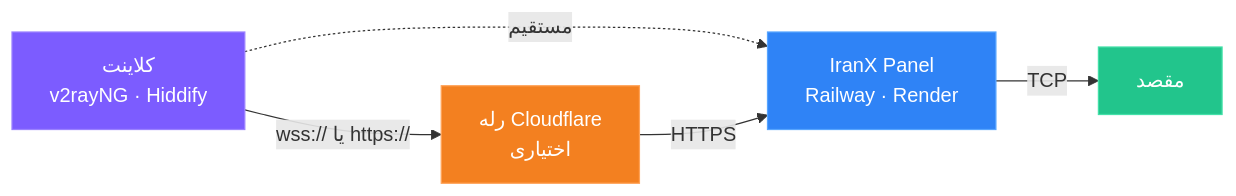
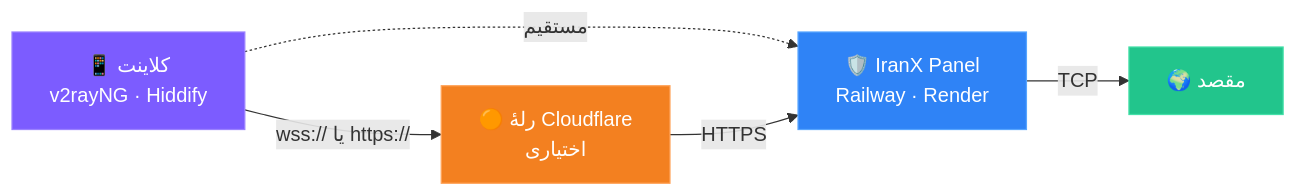
The second of 2 diagrams in README-fa.md (BeeEhsas/IranXPanel), drawn with Mermaid before and after one commit. The commit also changed other lines of this file and 1 other file, not shown here.

````diff
--- a/README-fa.md
+++ b/README-fa.md
@@ -38,17 +120,17 @@
 ```mermaid
 flowchart LR
-    A["کلاینت<br/>v2rayNG · Hiddify"]
-    B["رله Cloudflare<br/>اختیاری"]
-    C["IranX Panel<br/>Railway · Render"]
-    D["مقصد"]
+    A["📱 کلاینت<br/>v2rayNG · Hiddify"]
+    B["🟠 رلهٔ Cloudflare<br/>اختیاری"]
+    C["🛡️ IranX Panel<br/>Railway · Render"]
+    D["🌍 مقصد"]
 
     A -->|"wss:// یا https://"| B
     A -.->|"مستقیم"| C
     B -->|"HTTPS"| C
     C -->|"TCP"| D
 
     style A fill:#7C5CFF,stroke:#9B81FF,color:#fff
     style B fill:#F38020,stroke:#FFA257,color:#fff
     style C fill:#2F83F6,stroke:#57A5FF,color:#fff
     style D fill:#22c58c,stroke:#43E0A8,color:#fff
 ```
````
